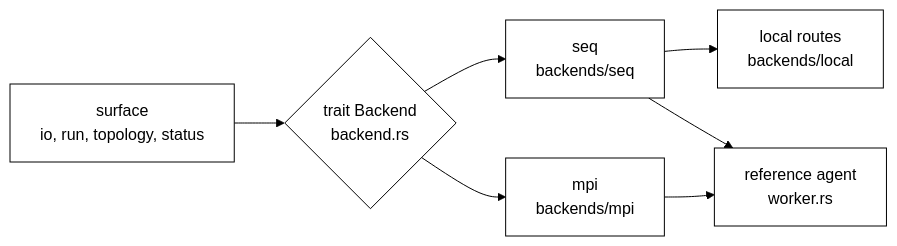
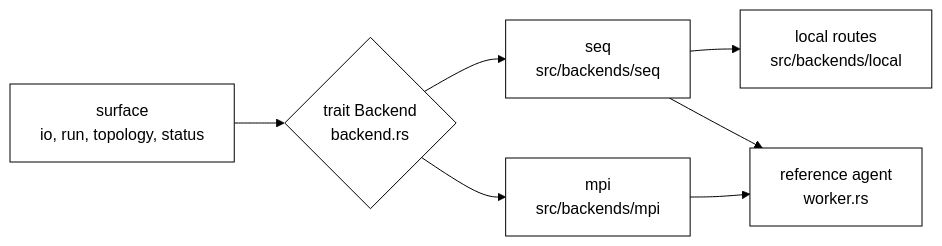
Before and after one commit to PKD667/trame: the diagram in docs/backends.md, drawn with Mermaid. The commit also changed other lines of this file and 594 other files, not shown here.

````diff
--- a/docs/backends.md
+++ b/docs/backends.md
@@ -23,10 +23,10 @@
 ```mermaid
 %%{init: {'theme':'base','themeVariables':{'primaryColor':'#ffffff','primaryTextColor':'#000000','primaryBorderColor':'#000000','lineColor':'#000000','secondaryColor':'#ffffff','tertiaryColor':'#ffffff','clusterBkg':'#ffffff','clusterBorder':'#000000','edgeLabelBackground':'#ffffff','actorBkg':'#ffffff','actorBorder':'#000000','actorTextColor':'#000000','actorLineColor':'#000000','signalColor':'#000000','signalTextColor':'#000000','noteBkgColor':'#ffffff','noteBorderColor':'#000000','noteTextColor':'#000000','labelBoxBkgColor':'#ffffff','labelBoxBorderColor':'#000000','fontFamily':'monospace'},'themeCSS':'rect.actor,rect.note,.note rect,.statediagram-note rect{fill:#fff!important;stroke:#000!important} line,.actor-line{stroke:#000!important} .arrowheadPath,marker path{fill:#000!important;stroke:#000!important} circle.state-end{stroke:#000!important} text,.noteText,.state-note text{fill:#000!important}'}}%%
 flowchart LR
   S["surface<br/>io, run, topology, status"] --> T{"trait Backend<br/>backend.rs"}
-  T --> Q["seq<br/>backends/seq"]
-  T --> M["mpi<br/>backends/mpi"]
-  Q --> RT["local routes<br/>backends/local"]
+  T --> Q["seq<br/>src/backends/seq"]
+  T --> M["mpi<br/>src/backends/mpi"]
+  Q --> RT["local routes<br/>src/backends/local"]
   Q --> A["reference agent<br/>worker.rs"]
   M --> A
 ```
````
